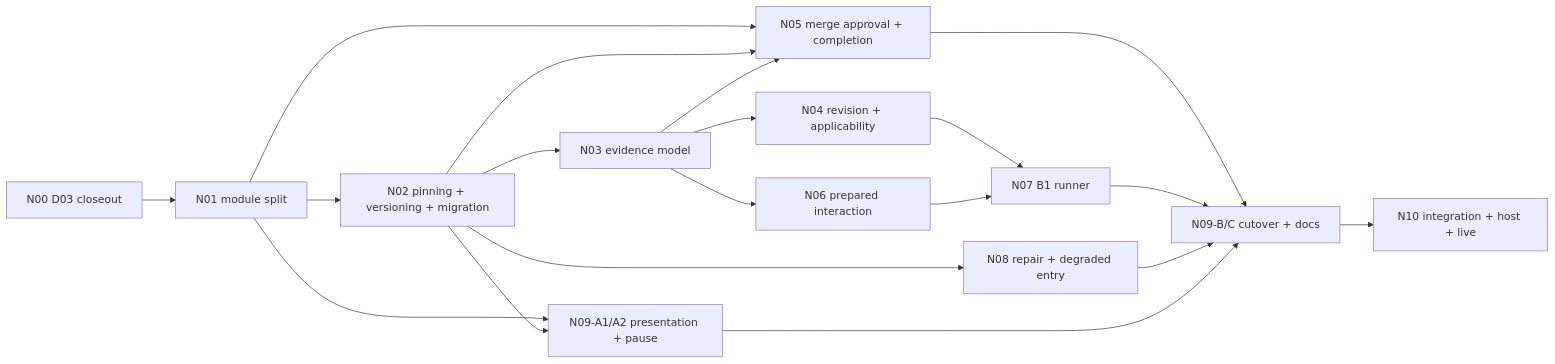
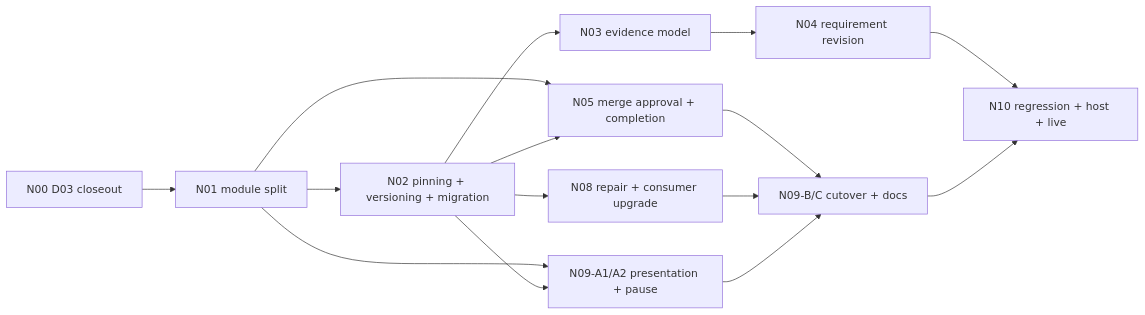
Before and after one commit to maba-pag/owlbear: the diagram in .owlbear/research/delivery-redesign-execution-plan.md, drawn with Mermaid. The commit also changed other lines of this file and 7 other files, not shown here.

````diff
--- a/.owlbear/research/delivery-redesign-execution-plan.md
+++ b/.owlbear/research/delivery-redesign-execution-plan.md
@@ -534,21 +566,17 @@
 ```mermaid
 flowchart LR
   N00[N00 D03 closeout] --> N01[N01 module split]
   N01 --> N02[N02 pinning + versioning + migration]
   N01 --> N05[N05 merge approval + completion]
   N02 --> N03[N03 evidence model]
   N02 --> N05
-  N02 --> N08[N08 repair + degraded entry]
-  N03 --> N04[N04 revision + applicability]
-  N03 --> N05
-  N03 --> N06[N06 prepared interaction]
-  N04 --> N07[N07 B1 runner]
-  N06 --> N07
+  N02 --> N08[N08 repair + consumer upgrade]
+  N03 --> N04[N04 requirement revision]
   N01 --> N09A[N09-A1/A2 presentation + pause]
   N02 --> N09A
   N05 --> N09B[N09-B/C cutover + docs]
-  N07 --> N09B
   N08 --> N09B
   N09A --> N09B
-  N09B --> N10[N10 integration + host + live]
+  N04 --> N10[N10 regression + host + live]
+  N09B --> N10
 ```
````
